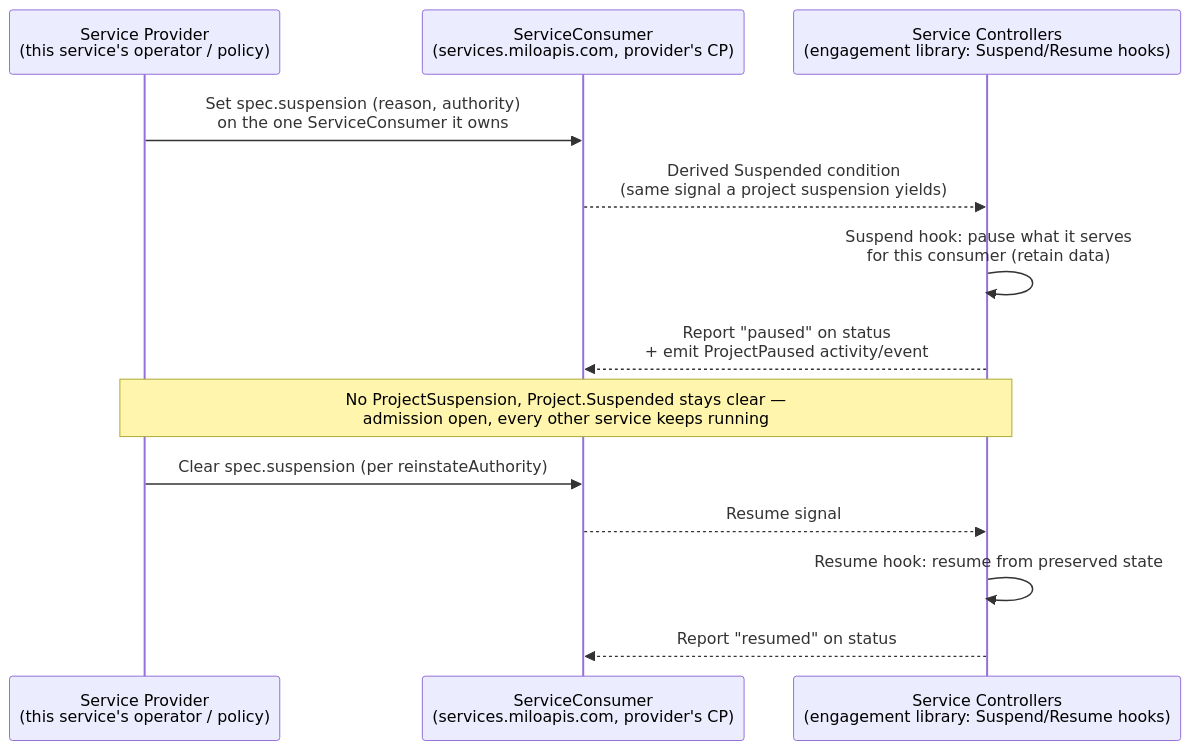
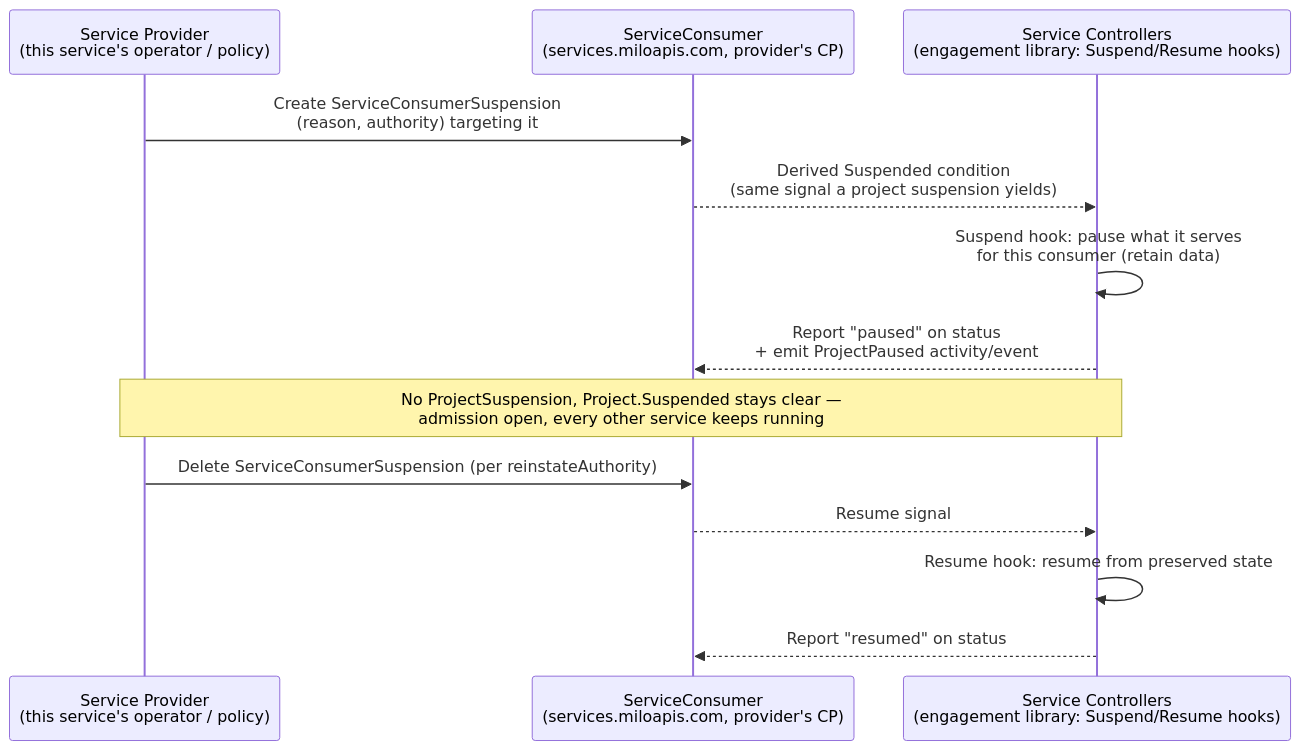
Before and after one commit to datum-cloud/enhancements: the third of 3 diagrams in enhancements/platform/project-suspension/README.md, drawn with Mermaid. The commit also changed other lines of this file, not shown here.

First line of the commit message:
docs(project-suspension): model provider suspension as its own ServiceConsumerSuspension resource

````diff
--- a/enhancements/platform/project-suspension/README.md
+++ b/enhancements/platform/project-suspension/README.md
@@ -532,17 +531,17 @@
 ```mermaid
 sequenceDiagram
     participant Prov as Service Provider<br/>(this service's operator / policy)
     participant SC as ServiceConsumer<br/>(services.miloapis.com, provider's CP)
     participant Svc as Service Controllers<br/>(engagement library: Suspend/Resume hooks)
 
-    Prov->>SC: Set spec.suspension (reason, authority)<br/>on the one ServiceConsumer it owns
+    Prov->>SC: Create ServiceConsumerSuspension<br/>(reason, authority) targeting it
     SC-->>Svc: Derived Suspended condition<br/>(same signal a project suspension yields)
     Svc->>Svc: Suspend hook: pause what it serves<br/>for this consumer (retain data)
     Svc-->>SC: Report "paused" on status<br/>+ emit ProjectPaused activity/event
     Note over Prov,Svc: No ProjectSuspension, Project.Suspended stays clear —<br/>admission open, every other service keeps running
 
-    Prov->>SC: Clear spec.suspension (per reinstateAuthority)
+    Prov->>SC: Delete ServiceConsumerSuspension (per reinstateAuthority)
     SC-->>Svc: Resume signal
     Svc->>Svc: Resume hook: resume from preserved state
     Svc-->>SC: Report "resumed" on status
 ```
````
